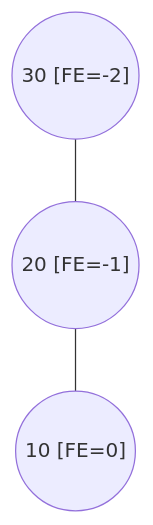
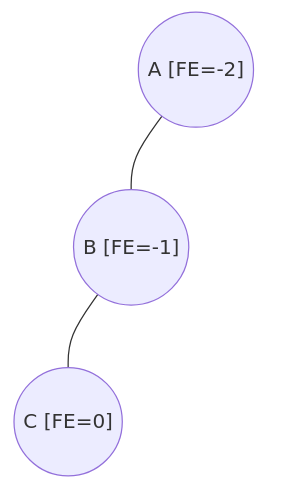
Before and after one commit to frijolitobandido/Guia_Matematica_Discreta: diagram 16 of 34 in 03-arboles.md, drawn with Mermaid. The commit also changed other lines of this file, not shown here.

````diff
--- a/03-arboles.md
+++ b/03-arboles.md
@@ -508,5 +508,9 @@
 ```mermaid
 graph TD
-    a1(("30 [FE=-2]")) --- a2(("20 [FE=-1]"))
-    a2 --- a3(("10 [FE=0]"))
+    a1(("A [FE=-2]")) --- a2(("B [FE=-1]"))
+    a1 ~~~ sp1(( )):::invisible
+    a2 --- a3(("C [FE=0]"))
+    a2 ~~~ sp2(( )):::invisible
+
+    classDef invisible fill:none,stroke:none
 ```
````
